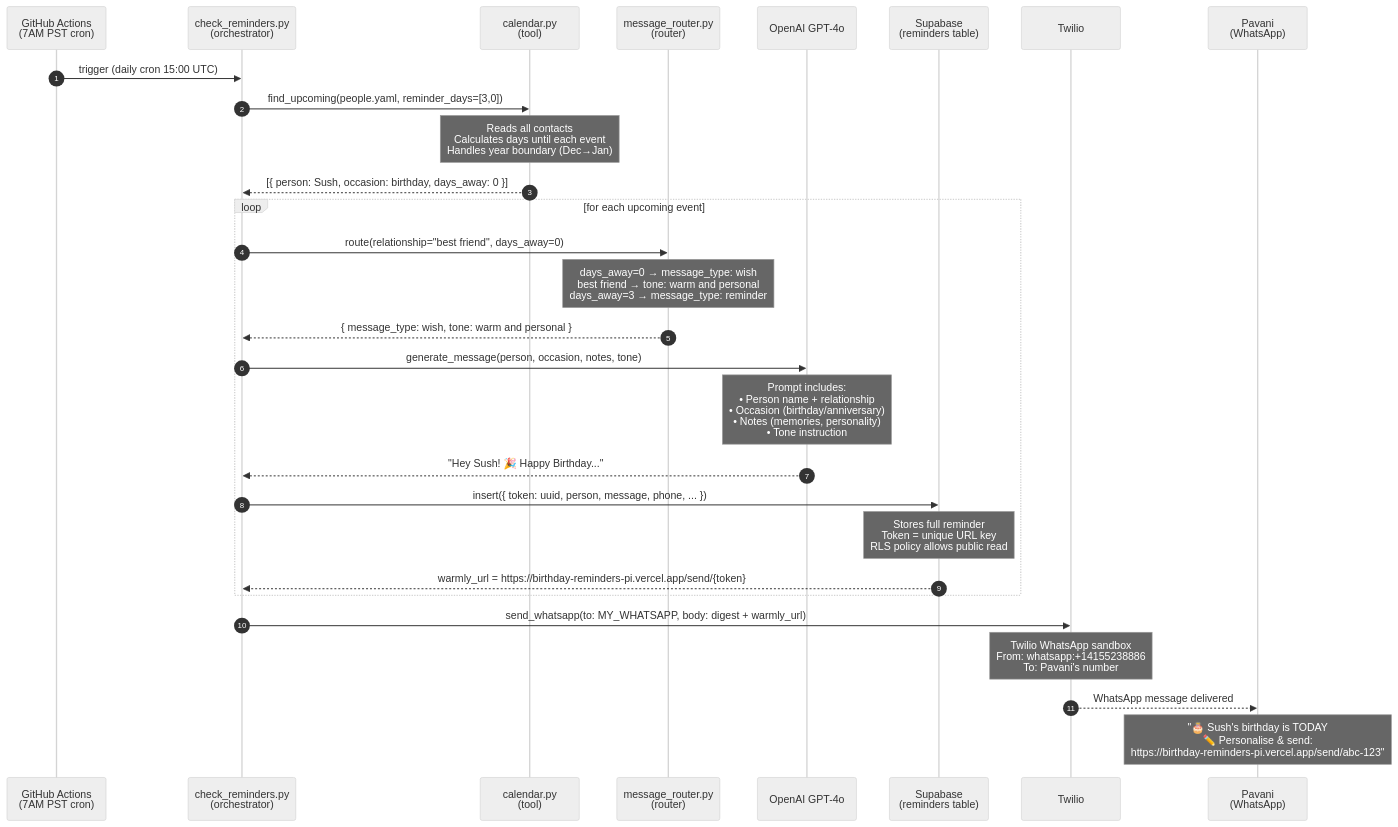
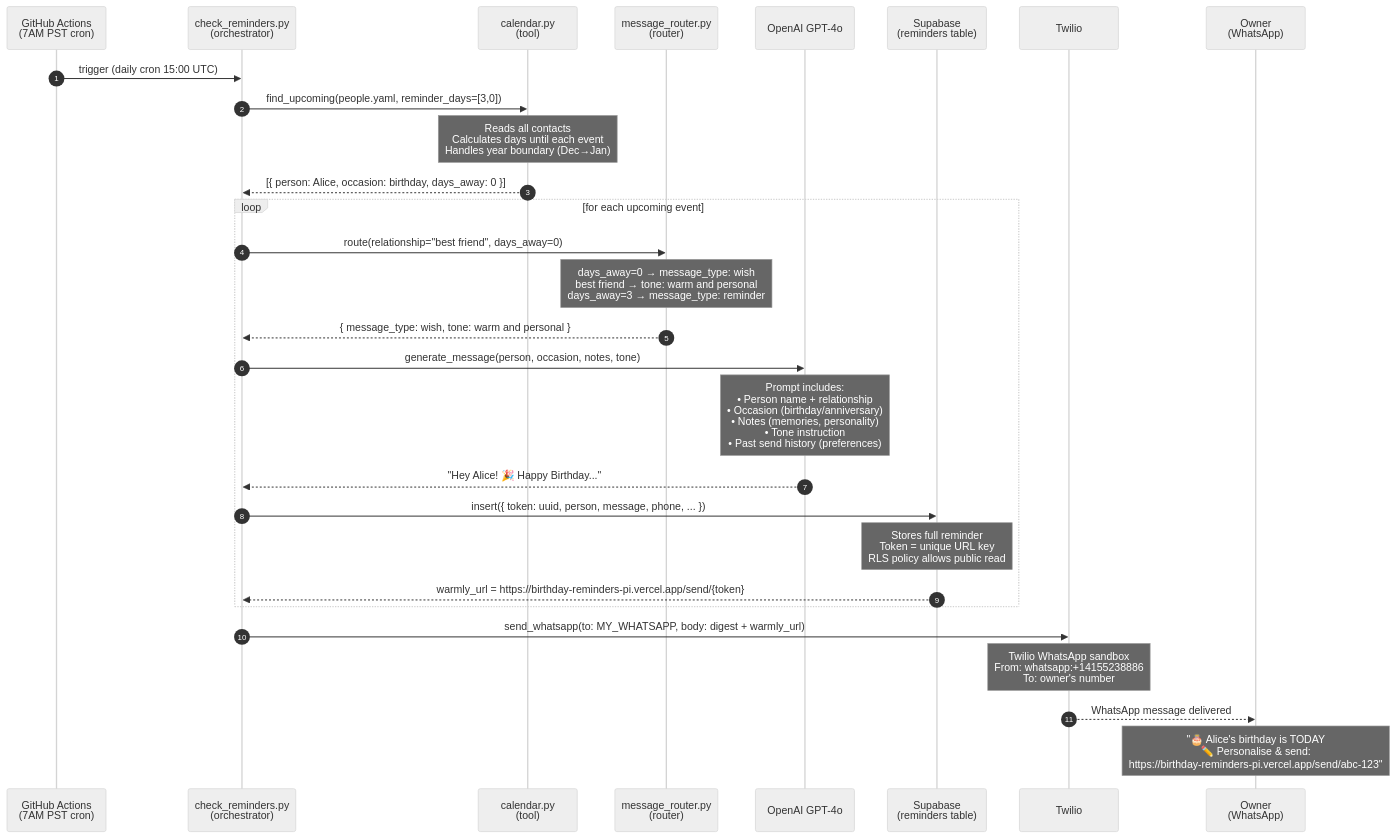
One commit to Learning-WoodyJessie/BirthdayReminders changed the first of 2 diagrams in docs/SYSTEM_FLOW.md. Above: the diagram before and after it, drawn with Mermaid (neutral theme). The commit also changed other lines of this file and 2 other files, not shown here.

First line of the commit message:
docs: clean up CLAUDE.md, rename HISTORY→ROADMAP, scrub personal names

````diff
--- a/docs/SYSTEM_FLOW.md
+++ b/docs/SYSTEM_FLOW.md
@@ -11,40 +11,40 @@
 ```mermaid
 sequenceDiagram
     autonumber
 
     participant GH   as GitHub Actions<br/>(7AM PST cron)
     participant CR   as check_reminders.py<br/>(orchestrator)
     participant CAL  as calendar.py<br/>(tool)
     participant ROU  as message_router.py<br/>(router)
     participant GPT  as OpenAI GPT-4o
     participant SB   as Supabase<br/>(reminders table)
     participant TW   as Twilio
-    participant PAV  as Pavani<br/>(WhatsApp)
+    participant OWN  as Owner<br/>(WhatsApp)
 
     GH->>CR: trigger (daily cron 15:00 UTC)
 
     CR->>CAL: find_upcoming(people.yaml, reminder_days=[3,0])
     Note over CAL: Reads all contacts<br/>Calculates days until each event<br/>Handles year boundary (Dec→Jan)
-    CAL-->>CR: [{ person: Sush, occasion: birthday, days_away: 0 }]
+    CAL-->>CR: [{ person: Alice, occasion: birthday, days_away: 0 }]
 
     loop for each upcoming event
 
         CR->>ROU: route(relationship="best friend", days_away=0)
         Note over ROU: days_away=0 → message_type: wish<br/>best friend → tone: warm and personal<br/>days_away=3 → message_type: reminder
         ROU-->>CR: { message_type: wish, tone: warm and personal }
 
         CR->>GPT: generate_message(person, occasion, notes, tone)
-        Note over GPT: Prompt includes:<br/>• Person name + relationship<br/>• Occasion (birthday/anniversary)<br/>• Notes (memories, personality)<br/>• Tone instruction
-        GPT-->>CR: "Hey Sush! 🎉 Happy Birthday..."
+        Note over GPT: Prompt includes:<br/>• Person name + relationship<br/>• Occasion (birthday/anniversary)<br/>• Notes (memories, personality)<br/>• Tone instruction<br/>• Past send history (preferences)
+        GPT-->>CR: "Hey Alice! 🎉 Happy Birthday..."
 
         CR->>SB: insert({ token: uuid, person, message, phone, ... })
         Note over SB: Stores full reminder<br/>Token = unique URL key<br/>RLS policy allows public read
         SB-->>CR: warmly_url = https://birthday-reminders-pi.vercel.app/send/{token}
 
     end
 
     CR->>TW: send_whatsapp(to: MY_WHATSAPP, body: digest + warmly_url)
-    Note over TW: Twilio WhatsApp sandbox<br/>From: whatsapp:+14155238886<br/>To: Pavani's number
-    TW-->>PAV: WhatsApp message delivered
-    Note over PAV: "🎂 Sush's birthday is TODAY<br/>✏️ Personalise & send:<br/>https://birthday-reminders-pi.vercel.app/send/abc-123"
+    Note over TW: Twilio WhatsApp sandbox<br/>From: whatsapp:+14155238886<br/>To: owner's number
+    TW-->>OWN: WhatsApp message delivered
+    Note over OWN: "🎂 Alice's birthday is TODAY<br/>✏️ Personalise & send:<br/>https://birthday-reminders-pi.vercel.app/send/abc-123"
 ```
````
